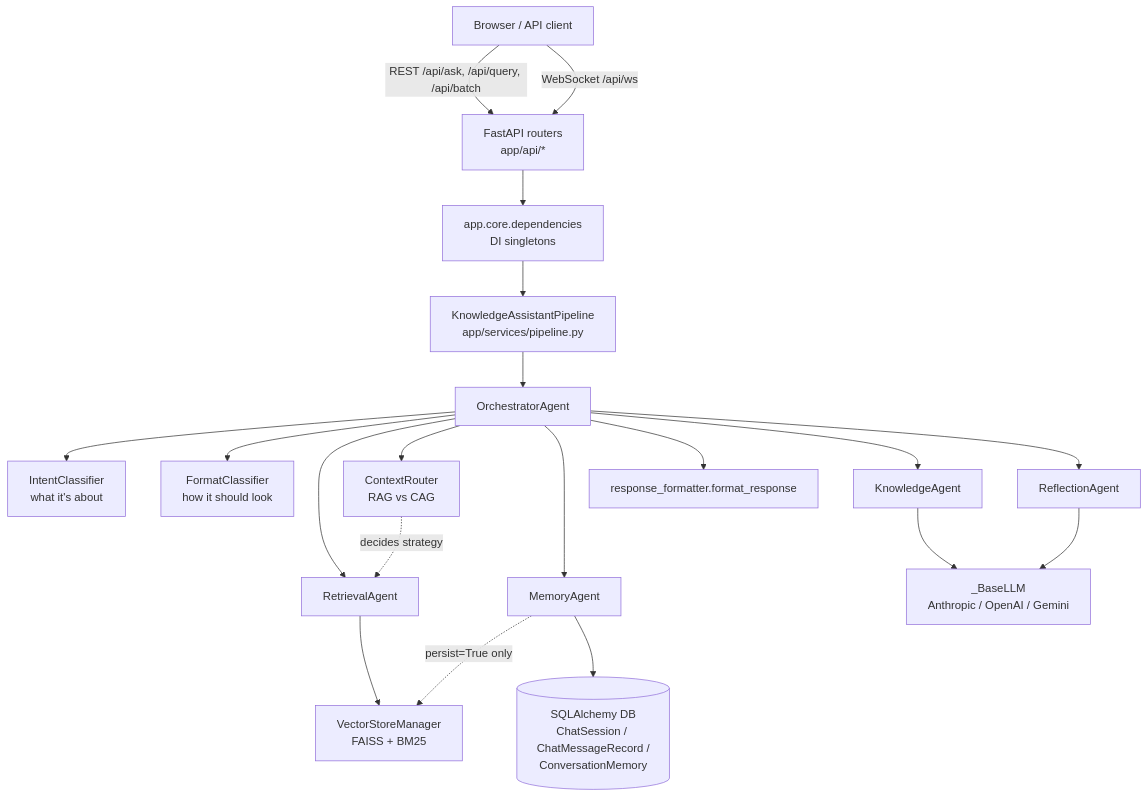
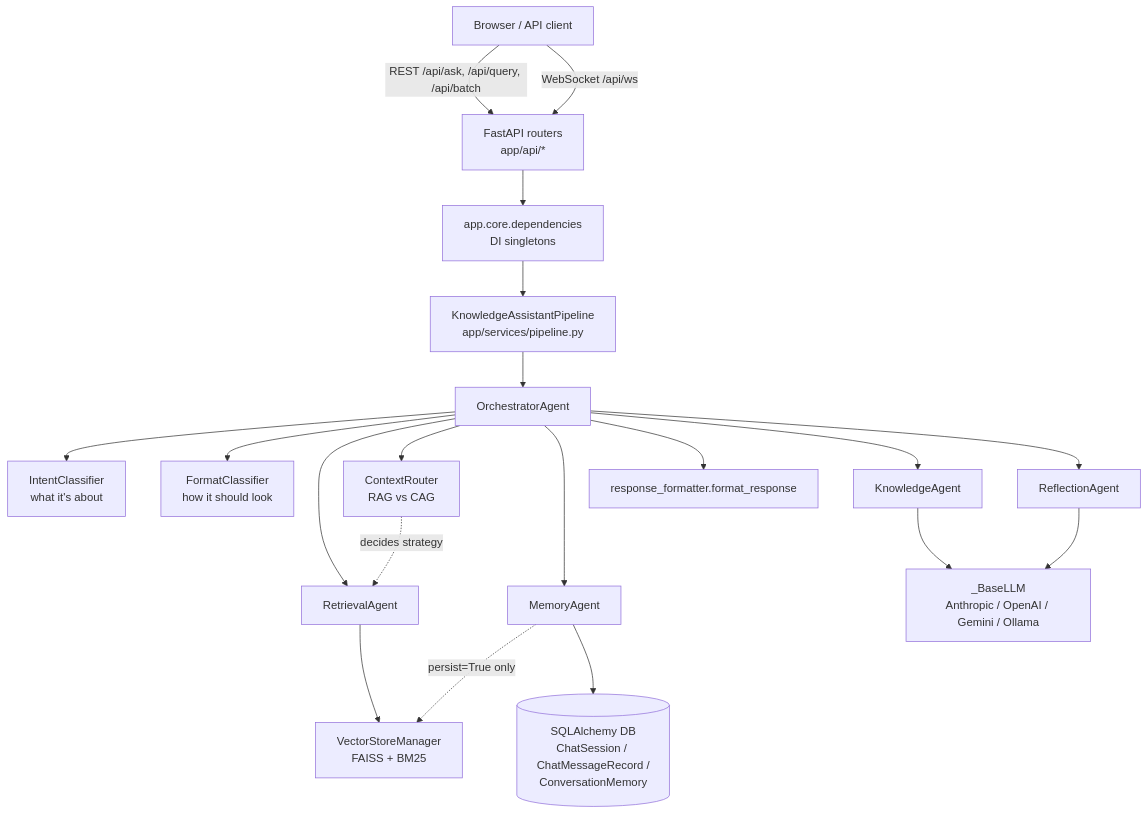
The first of 6 diagrams in docs/ARCHITECTURE.md (KSathwik/Exam_Preparation_Bot), drawn with Mermaid before and after one commit. The commit also changed 11 other files, not shown here.

Commit message:
feat(ollama): add Ollama LLM provider support and update Phase 2 enterprise agentic roadmap

````diff
--- a/docs/ARCHITECTURE.md
+++ b/docs/ARCHITECTURE.md
@@ -9,22 +9,22 @@
 ```mermaid
 flowchart TB
     Client[Browser / API client] -->|REST /api/ask, /api/query, /api/batch| API[FastAPI routers<br/>app/api/*]
     Client -->|WebSocket /api/ws| API
     API --> Deps[app.core.dependencies<br/>DI singletons]
     Deps --> Bot[KnowledgeAssistantPipeline<br/>app/services/pipeline.py]
     Bot --> Orchestrator[OrchestratorAgent]
     Orchestrator --> IntentC[IntentClassifier<br/>what it's about]
     Orchestrator --> FormatC[FormatClassifier<br/>how it should look]
     Orchestrator --> ContextR[ContextRouter<br/>RAG vs CAG]
     Orchestrator --> Retrieval[RetrievalAgent]
     Orchestrator --> Knowledge[KnowledgeAgent]
     Orchestrator --> Reflection[ReflectionAgent]
     Orchestrator --> Formatter[response_formatter.format_response]
     Orchestrator --> Memory[MemoryAgent]
     ContextR -.decides strategy.-> Retrieval
     Retrieval --> VSM[VectorStoreManager<br/>FAISS + BM25]
-    Knowledge --> LLM[_BaseLLM<br/>Anthropic / OpenAI / Gemini]
+    Knowledge --> LLM[_BaseLLM<br/>Anthropic / OpenAI / Gemini / Ollama]
     Reflection --> LLM
     Memory --> DB[(SQLAlchemy DB<br/>ChatSession / ChatMessageRecord /<br/>ConversationMemory)]
     Memory -.persist=True only.-> VSM
 ```
````
